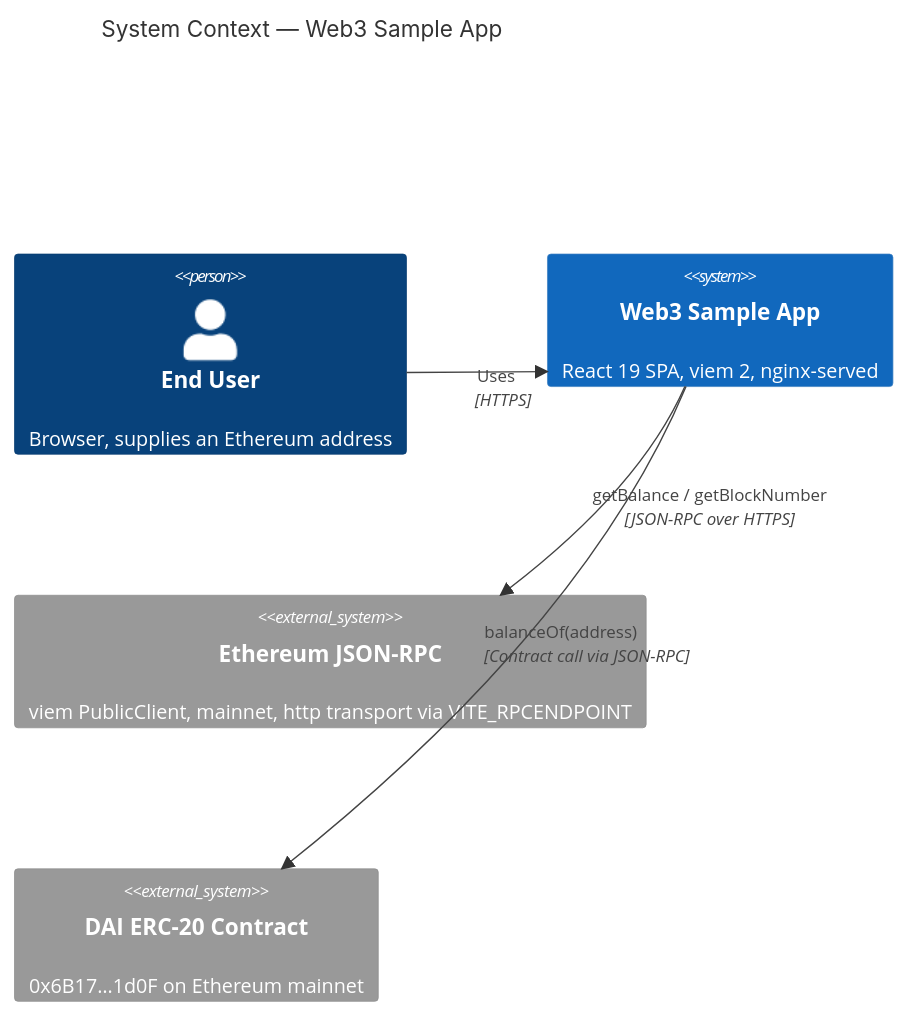
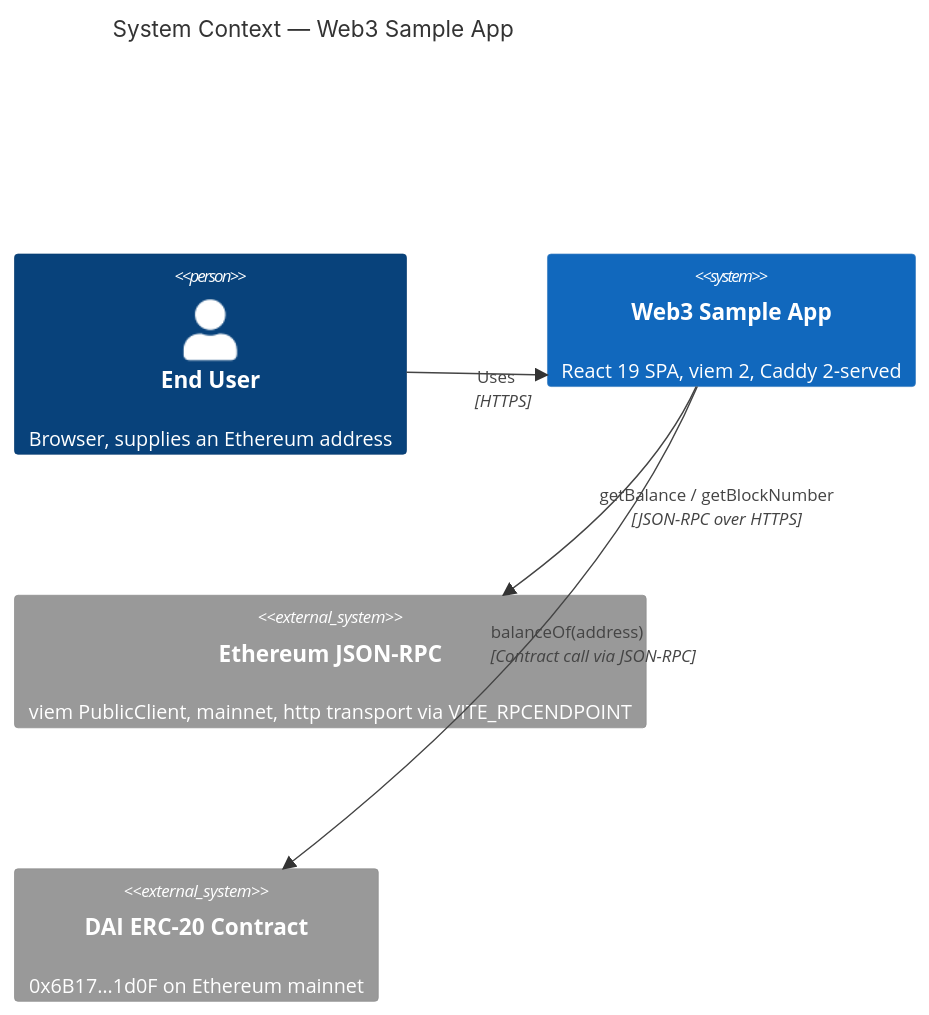
One commit to AndriyKalashnykov/web3-sample-app changed the first of 3 diagrams in README.md. Above: the diagram before and after it, drawn with Mermaid. The commit also changed other lines of this file and 15 other files, not shown here.

First line of the commit message:
feat: migrate static-server from nginx-unprivileged to Caddy 2 (#102)

````diff
--- a/README.md
+++ b/README.md
@@ -10,13 +10,13 @@
 ```mermaid
 C4Context
     title System Context — Web3 Sample App
 
     Person(user, "End User", "Browser, supplies an Ethereum address")
-    System(spa, "Web3 Sample App", "React 19 SPA, viem 2, nginx-served")
+    System(spa, "Web3 Sample App", "React 19 SPA, viem 2, Caddy 2-served")
     System_Ext(rpc, "Ethereum JSON-RPC", "viem PublicClient, mainnet, http transport via VITE_RPCENDPOINT")
     System_Ext(dai, "DAI ERC-20 Contract", "0x6B17…1d0F on Ethereum mainnet")
 
     Rel(user, spa, "Uses", "HTTPS")
     Rel(spa, rpc, "getBalance / getBlockNumber", "JSON-RPC over HTTPS")
     Rel(spa, dai, "balanceOf(address)", "Contract call via JSON-RPC")
 ```
````
